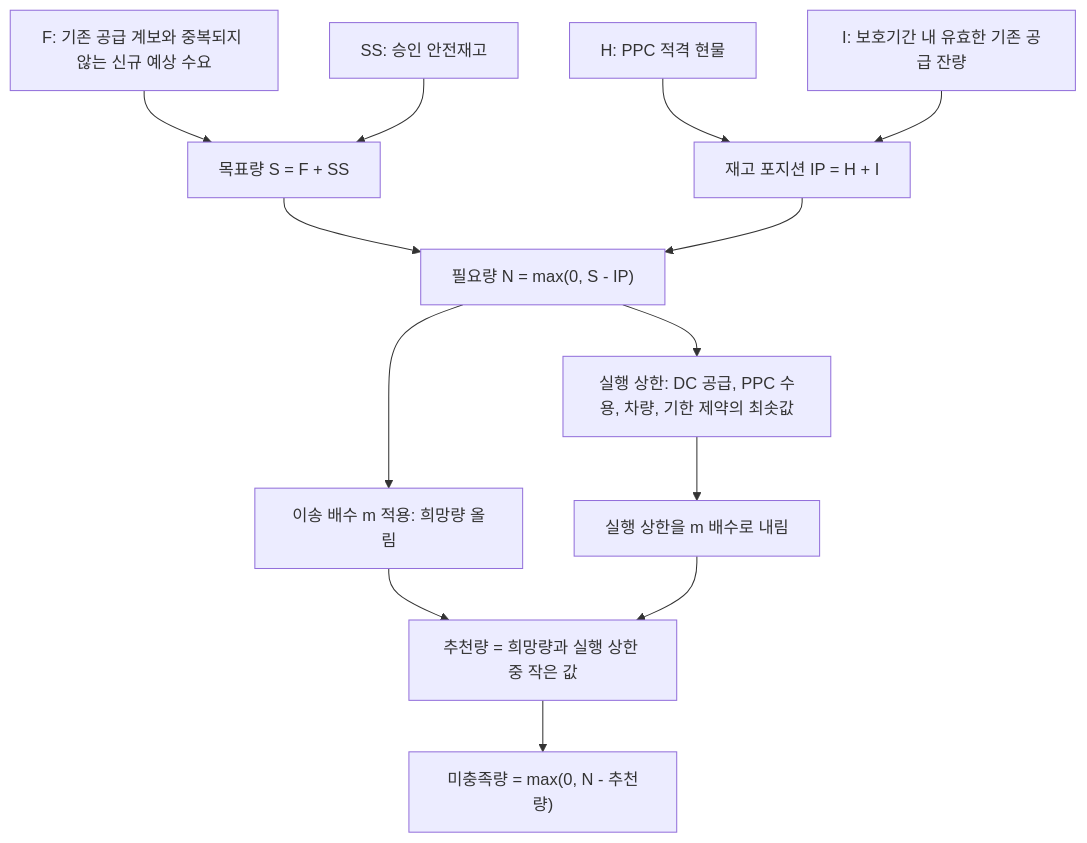
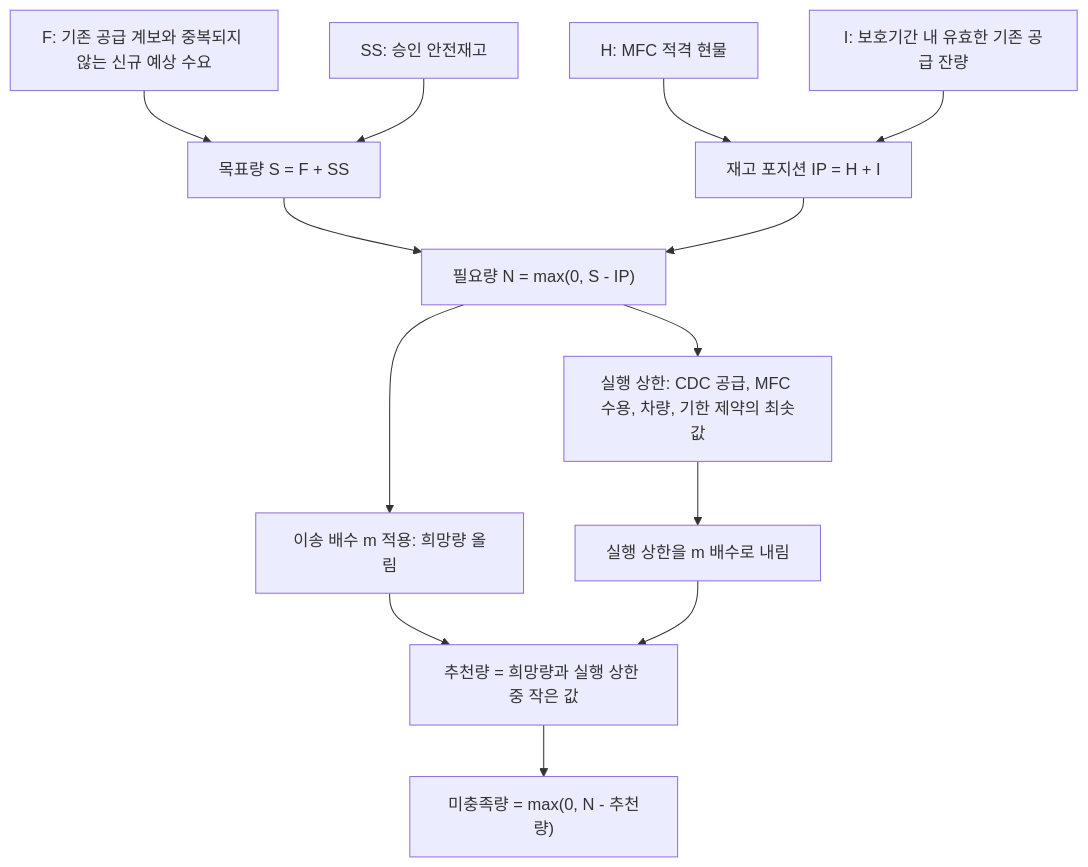
The fifth of 6 diagrams in 03. v1-Logistics/TMS-SCM/TMS-business-logic-diagrams.md (hsoh-collab/bmart-analysis), drawn with Mermaid before and after one commit. The commit also changed other lines of this file and 3 other files, not shown here.

````diff
--- a/03. v1-Logistics/TMS-SCM/TMS-business-logic-diagrams.md
+++ b/03. v1-Logistics/TMS-SCM/TMS-business-logic-diagrams.md
@@ -132,36 +132,36 @@
 ```mermaid
 flowchart TD
-    H["H: PPC 적격 현물"]
+    H["H: MFC 적격 현물"]
     I["I: 보호기간 내 유효한 기존 공급 잔량"]
     F["F: 기존 공급 계보와 중복되지 않는 신규 예상 수요"]
     SS["SS: 승인 안전재고"]
 
     S["목표량 S = F + SS"]
     IP["재고 포지션 IP = H + I"]
     N["필요량 N = max(0, S - IP)"]
 
     M["이송 배수 m 적용: 희망량 올림"]
-    C["실행 상한: DC 공급, PPC 수용, 차량, 기한 제약의 최솟값"]
+    C["실행 상한: CDC 공급, MFC 수용, 차량, 기한 제약의 최솟값"]
     R["실행 상한을 m 배수로 내림"]
     O["추천량 = 희망량과 실행 상한 중 작은 값"]
     U["미충족량 = max(0, N - 추천량)"]
 
     H --> IP
     I --> IP
 
     F --> S
     SS --> S
 
     S --> N
     IP --> N
 
     N --> M
     N --> C
 
     C --> R
 
     M --> O
     R --> O
 
     O --> U
 ```
````
